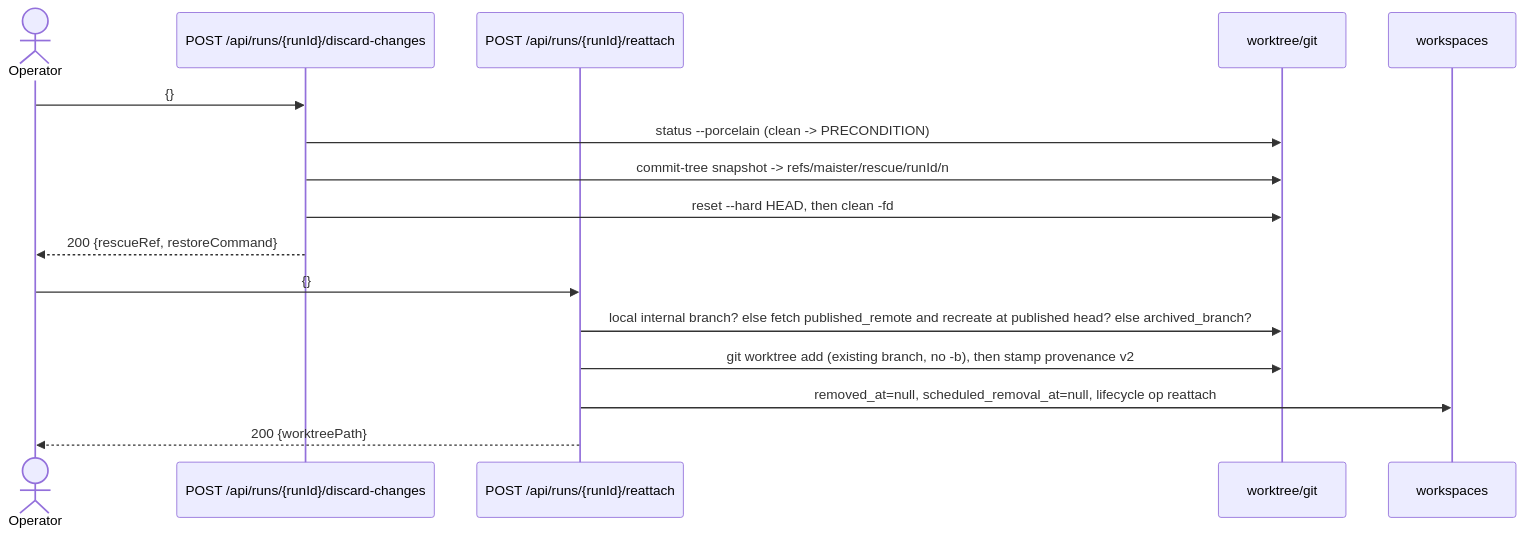
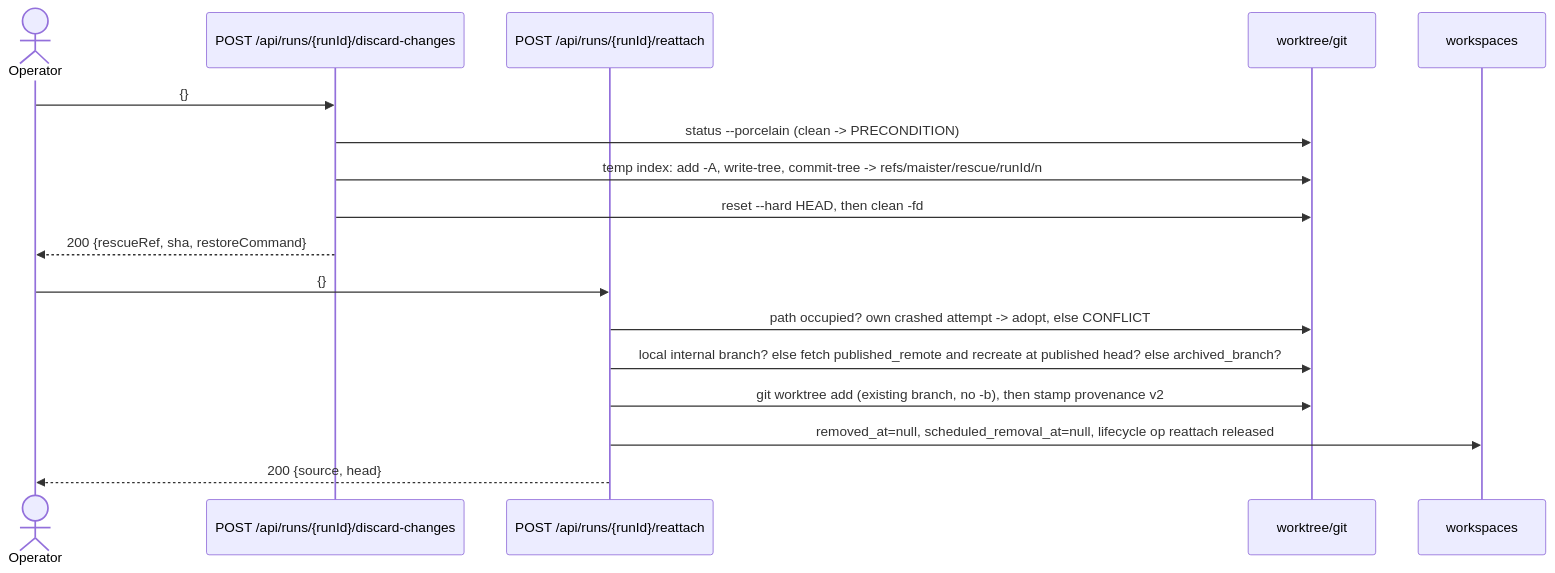
One commit to maister-dev/maister changed the sixth of 6 diagrams in docs/system-analytics/workbench-git.md. Above: the diagram before and after it, drawn with Mermaid. The commit also changed other lines of this file and 19 other files, not shown here.

First line of the commit message:
docs(workbench-git): freeze the ADR-181 contracts (OpenAPI, ERD, taxonomy, screens, RU)

````diff
--- a/docs/system-analytics/workbench-git.md
+++ b/docs/system-analytics/workbench-git.md
@@ -198,18 +218,19 @@
 ```mermaid
 sequenceDiagram
     actor Op as Operator
     participant D as POST /api/runs/{runId}/discard-changes
     participant R as POST /api/runs/{runId}/reattach
     participant Git as worktree/git
     participant DB as workspaces
     Op->>D: {}
     D->>Git: status --porcelain (clean -> PRECONDITION)
-    D->>Git: commit-tree snapshot -> refs/maister/rescue/runId/n
+    D->>Git: temp index: add -A, write-tree, commit-tree -> refs/maister/rescue/runId/n
     D->>Git: reset --hard HEAD, then clean -fd
-    D-->>Op: 200 {rescueRef, restoreCommand}
+    D-->>Op: 200 {rescueRef, sha, restoreCommand}
     Op->>R: {}
+    R->>Git: path occupied? own crashed attempt -> adopt, else CONFLICT
     R->>Git: local internal branch? else fetch published_remote and recreate at published head? else archived_branch?
     R->>Git: git worktree add (existing branch, no -b), then stamp provenance v2
-    R->>DB: removed_at=null, scheduled_removal_at=null, lifecycle op reattach
-    R-->>Op: 200 {worktreePath}
+    R->>DB: removed_at=null, scheduled_removal_at=null, lifecycle op reattach released
+    R-->>Op: 200 {source, head}
 ```
````
